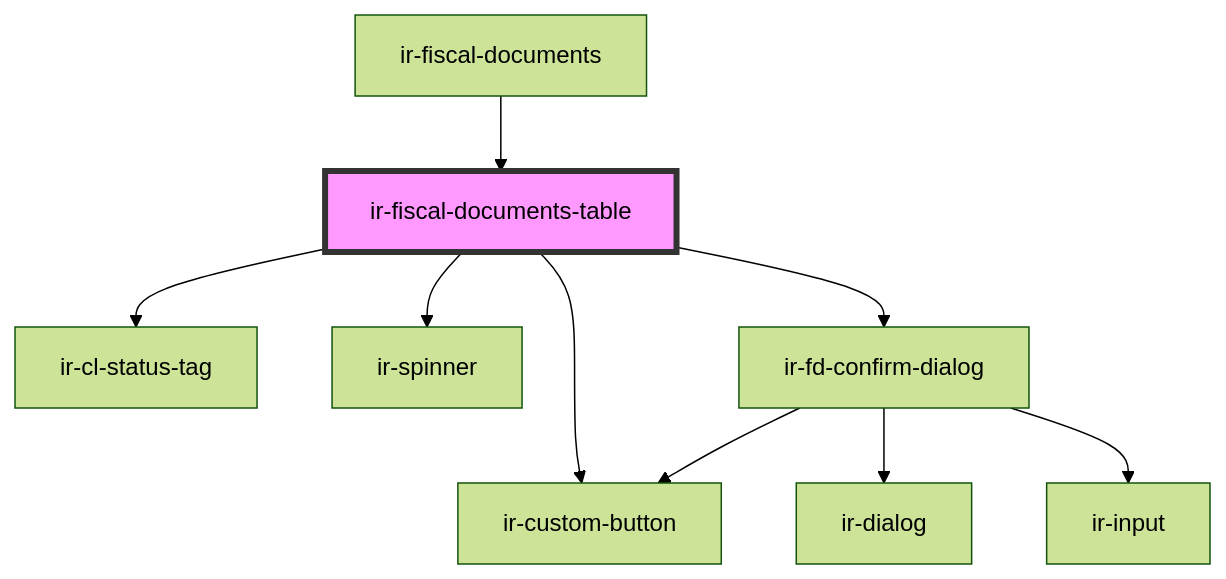
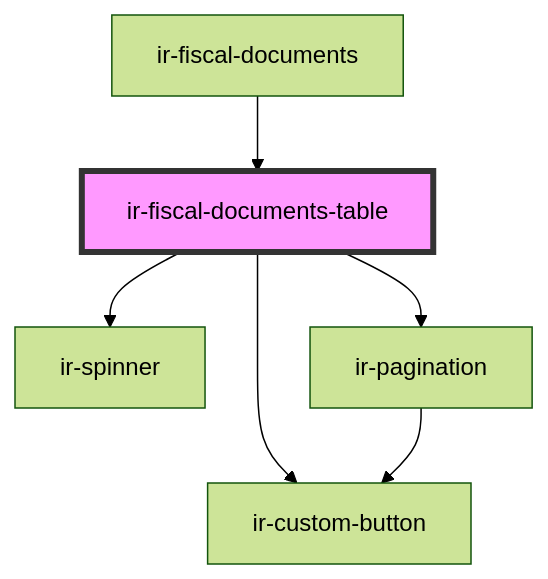
Before and after one commit to RonyRizk/ir-webcmp: the diagram in src/components/ir-fiscal-documents/ir-fiscal-documents-table/readme.md, drawn with Mermaid (forest theme). The commit also changed other lines of this file and 115 other files, not shown here.

````diff
--- a/src/components/ir-fiscal-documents/ir-fiscal-documents-table/readme.md
+++ b/src/components/ir-fiscal-documents/ir-fiscal-documents-table/readme.md
@@ -50,12 +58,9 @@
 ```mermaid
 graph TD;
-  ir-fiscal-documents-table --> ir-cl-status-tag
   ir-fiscal-documents-table --> ir-custom-button
   ir-fiscal-documents-table --> ir-spinner
-  ir-fiscal-documents-table --> ir-fd-confirm-dialog
-  ir-fd-confirm-dialog --> ir-dialog
-  ir-fd-confirm-dialog --> ir-input
-  ir-fd-confirm-dialog --> ir-custom-button
+  ir-fiscal-documents-table --> ir-pagination
+  ir-pagination --> ir-custom-button
   ir-fiscal-documents --> ir-fiscal-documents-table
   style ir-fiscal-documents-table fill:#f9f,stroke:#333,stroke-width:4px
 ```
````
